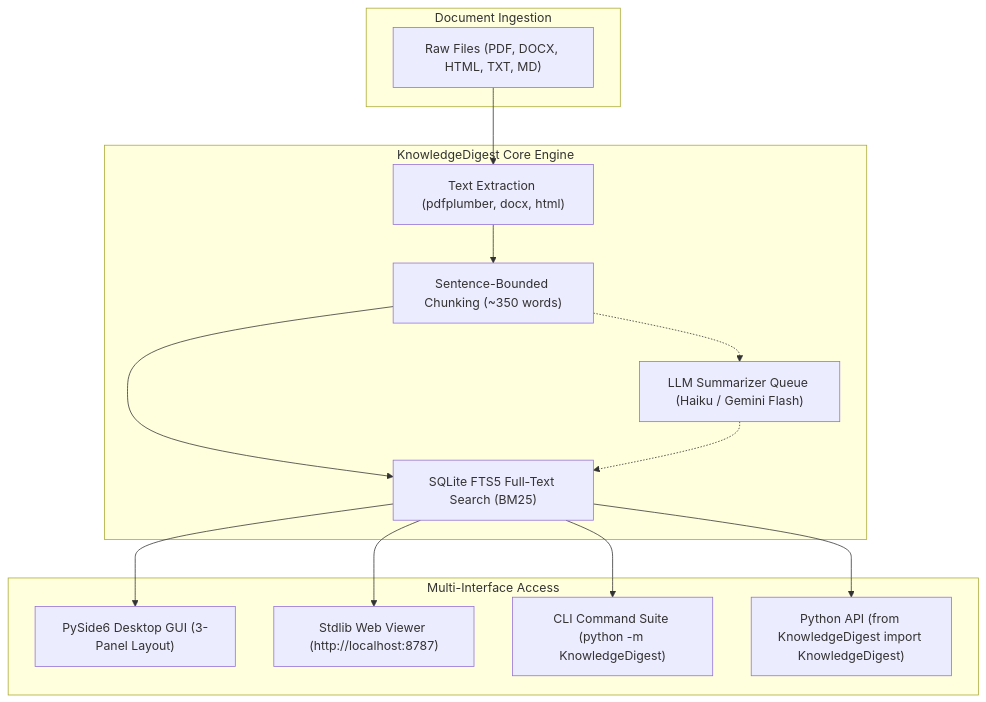
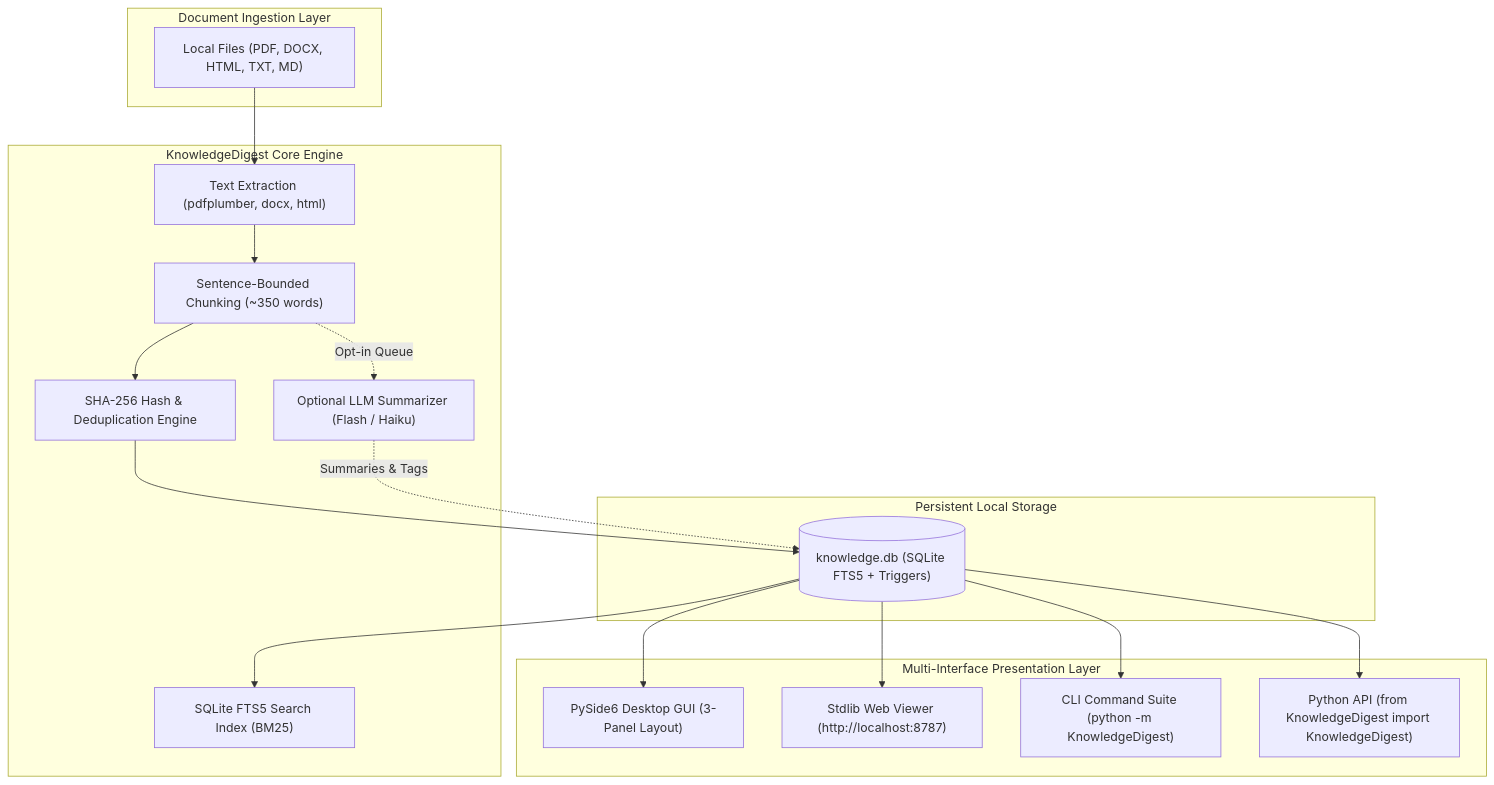
One commit to file-bricks/KnowledgeDigest changed the first of 2 diagrams in README.md. Above: the diagram before and after it, drawn with Mermaid. The commit also changed other lines of this file and 10 other files, not shown here.

Commit message:
feat(marketing): bilingual 18-point parity, dual mermaid diagrams, personas, level 1 sbom and metadata tests

````diff
--- a/README.md
+++ b/README.md
@@ -45,30 +68,37 @@
 ```mermaid
 flowchart TD
-    subgraph Input["Document Ingestion"]
-        DOCS["Raw Files (PDF, DOCX, HTML, TXT, MD)"]
+    subgraph Input["Document Ingestion Layer"]
+        DOCS["Local Files (PDF, DOCX, HTML, TXT, MD)"]
     end
 
     subgraph CoreEngine["KnowledgeDigest Core Engine"]
         EXT["Text Extraction (pdfplumber, docx, html)"]
         CHUNK["Sentence-Bounded Chunking (~350 words)"]
-        FTS["SQLite FTS5 Full-Text Search (BM25)"]
-        SUMM["LLM Summarizer Queue (Haiku / Gemini Flash)"]
+        DEDUPE["SHA-256 Hash & Deduplication Engine"]
+        FTS["SQLite FTS5 Search Index (BM25)"]
+        SUMM["Optional LLM Summarizer (Flash / Haiku)"]
     end
 
-    subgraph Interfaces["Multi-Interface Access"]
+    subgraph Storage["Persistent Local Storage"]
+        DB[("knowledge.db (SQLite FTS5 + Triggers)")]
+    end
+
+    subgraph Interfaces["Multi-Interface Presentation Layer"]
         GUI["PySide6 Desktop GUI (3-Panel Layout)"]
         WEB["Stdlib Web Viewer (http://localhost:8787)"]
         CLI["CLI Command Suite (python -m KnowledgeDigest)"]
         API["Python API (from KnowledgeDigest import KnowledgeDigest)"]
     end
 
     DOCS --> EXT
     EXT --> CHUNK
-    CHUNK --> FTS
-    CHUNK -.-> SUMM
-    SUMM -.-> FTS
-    FTS --> GUI
-    FTS --> WEB
-    FTS --> CLI
-    FTS --> API
+    CHUNK --> DEDUPE
+    DEDUPE --> DB
+    DB --> FTS
+    CHUNK -.->|"Opt-in Queue"| SUMM
+    SUMM -.->|"Summaries & Tags"| DB
+    DB --> GUI
+    DB --> WEB
+    DB --> CLI
+    DB --> API
 ```
````
